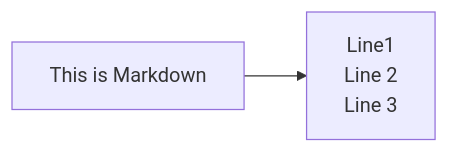
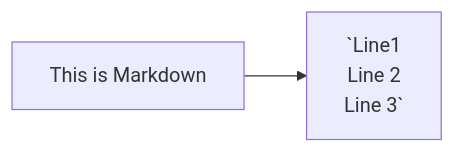
Before and after one commit to notkasim/DOCS: the fourth of 4 diagrams in Topology.md, drawn with Mermaid.

````diff
--- a/Topology.md
+++ b/Topology.md
@@ -27,8 +27,8 @@
 ```mermaid
 flowchart LR;
     markdown[This is Markdown]
-    newLines["`Line1
+    newLines[`Line1
     Line 2
-    Line 3`"]
+    Line 3`]
     markdown --> newLines
 ```
````
